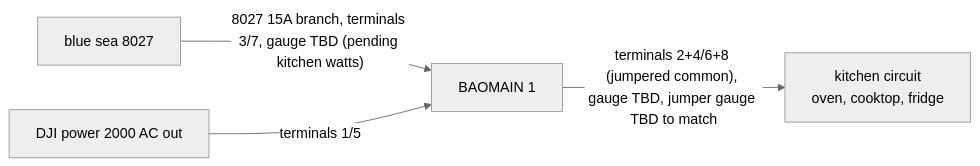
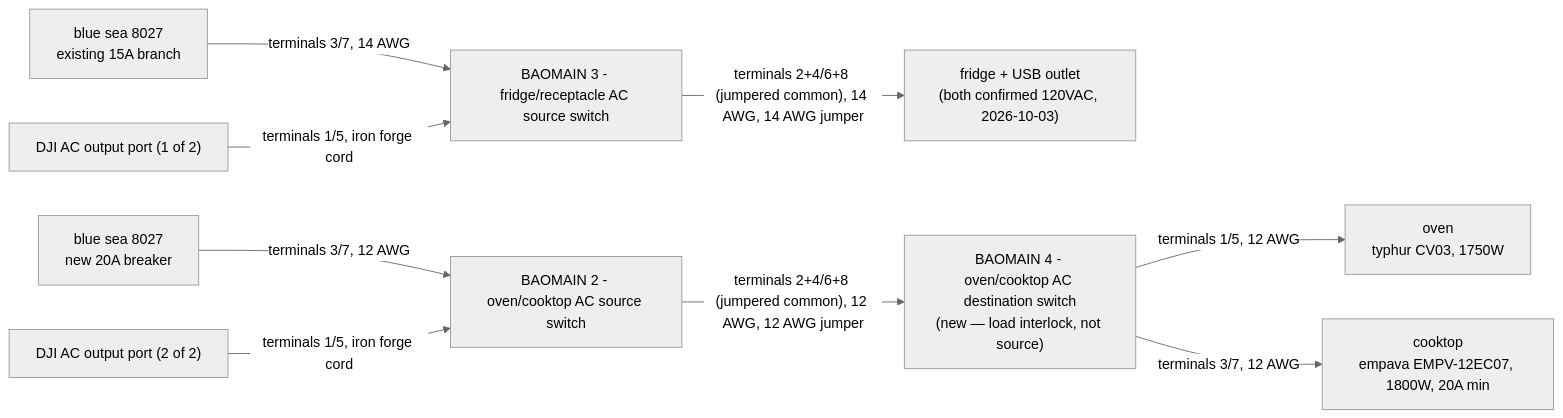
Before and after one commit to timit/vandalia: the fourth of 6 diagrams in electrical/diagrams.md, drawn with Mermaid (neutral theme). The commit also changed other lines of this file and 9 other files, not shown here.

````diff
--- a/electrical/diagrams.md
+++ b/electrical/diagrams.md
@@ -59,6 +59,11 @@
 ```mermaid
 flowchart LR
-  p8027["blue sea 8027"] -->|"8027 15A branch, terminals 3/7, gauge TBD (pending kitchen watts)"| b1["BAOMAIN 1"]
-  djiout["DJI power 2000 AC out"] -->|"terminals 1/5"| b1
-  b1 -->|"terminals 2+4/6+8 (jumpered common), gauge TBD, jumper gauge TBD to match"| kitchen["kitchen circuit<br/>oven, cooktop, fridge"]
+  p8027a["blue sea 8027<br/>existing 15A branch"] -->|"terminals 3/7, 14 AWG"| b1["BAOMAIN 3 - fridge/receptacle AC source switch"]
+  djiout1["DJI AC output port (1 of 2)"] -->|"terminals 1/5, iron forge cord"| b1
+  b1 -->|"terminals 2+4/6+8 (jumpered common), 14 AWG, 14 AWG jumper"| kfu["fridge + USB outlet<br/>(both confirmed 120VAC, 2026-10-03)"]
+  p8027b["blue sea 8027<br/>new 20A breaker"] -->|"terminals 3/7, 12 AWG"| b2["BAOMAIN 2 - oven/cooktop AC source switch"]
+  djiout2b["DJI AC output port (2 of 2)"] -->|"terminals 1/5, iron forge cord"| b2
+  b2 -->|"terminals 2+4/6+8 (jumpered common), 12 AWG, 12 AWG jumper"| b4["BAOMAIN 4 - oven/cooktop AC destination switch<br/>(new — load interlock, not source)"]
+  b4 -->|"terminals 1/5, 12 AWG"| oven["oven<br/>typhur CV03, 1750W"]
+  b4 -->|"terminals 3/7, 12 AWG"| cooktop["cooktop<br/>empava EMPV-12EC07, 1800W, 20A min"]
 ```
````
